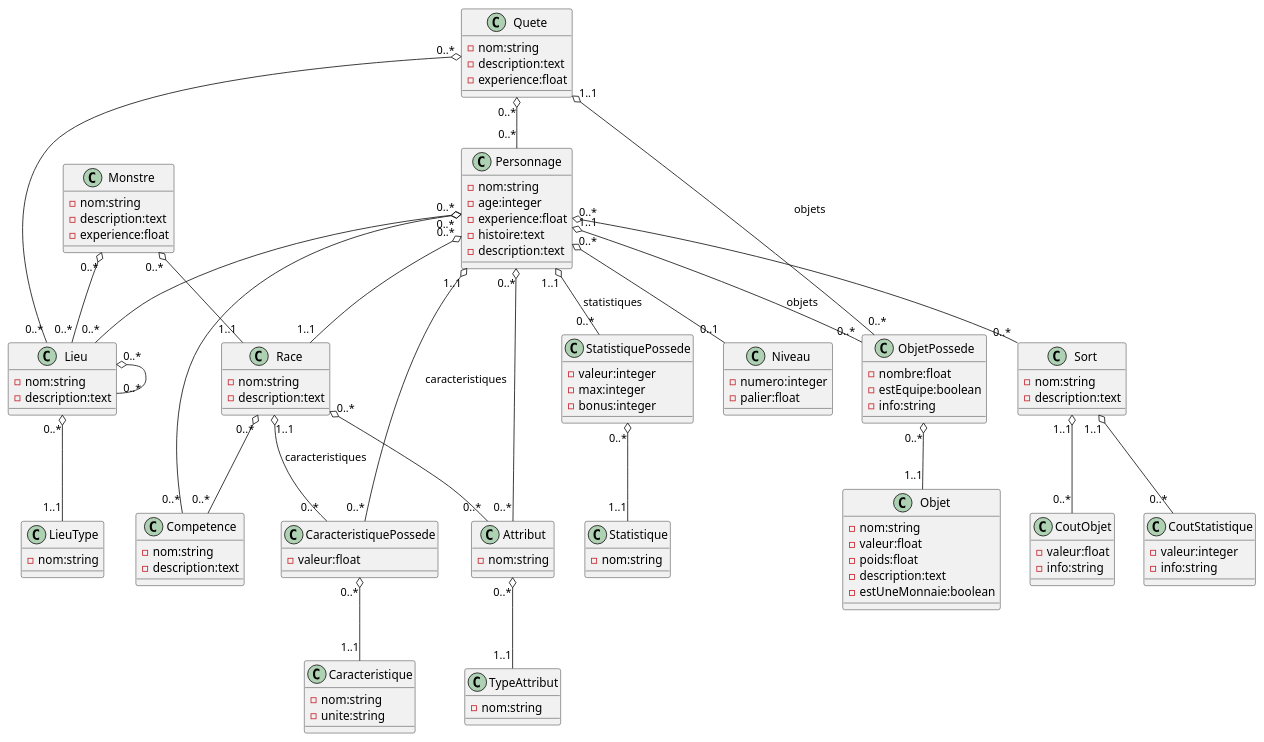
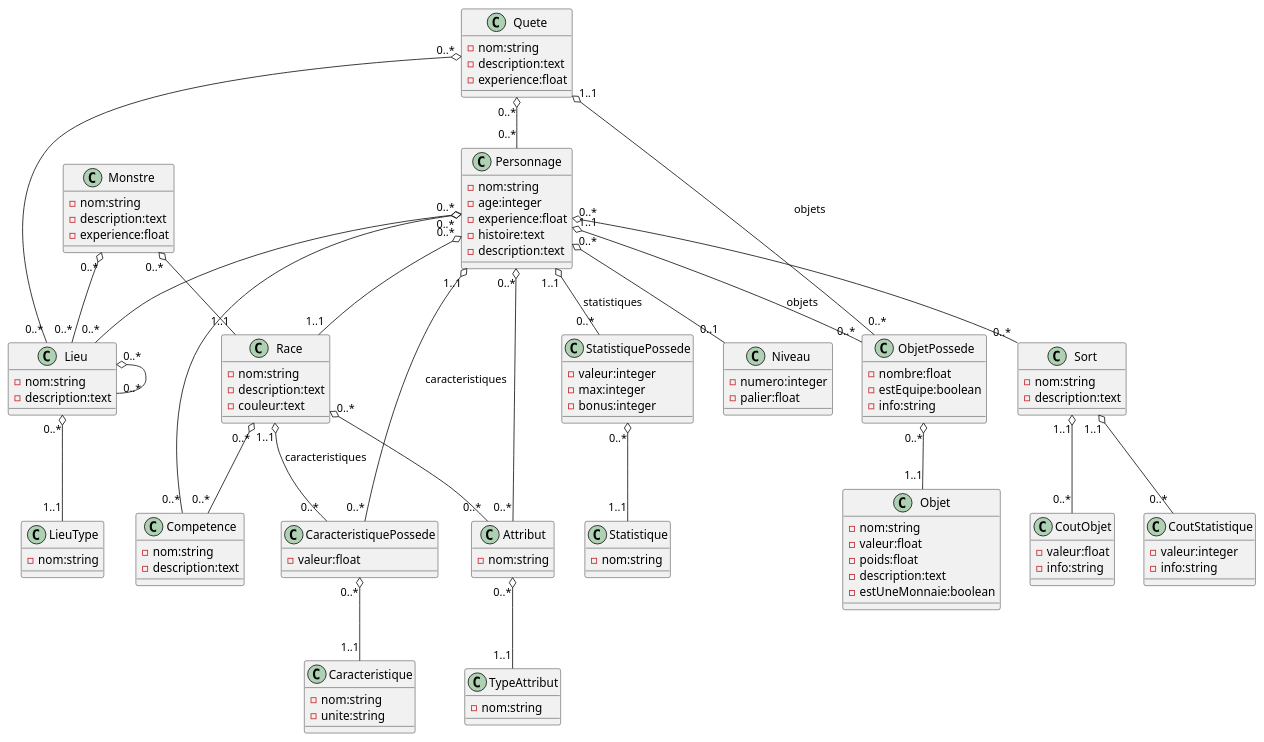
One commit to Devklow/MUC changed the diagram in DCGeneral.puml. Above: the diagram before and after it, drawn with PlantUML. The commit also changed 17 other files, not shown here.

```diff
--- a/DCGeneral.puml
+++ b/DCGeneral.puml
@@ -1,140 +1,141 @@
 @startuml
 
 class Personnage {
 - nom:string
 - age:integer
 - experience:float
 - histoire:text
 - description:text
 }
 
 class Monstre {
 - nom:string
 - description:text
 - experience:float
 }
 
 class LieuType {
 - nom:string
 }
 
 class Lieu {
 - nom:string
 - description:text
 }
 
 class Race {
 - nom:string
 - description:text
+- couleur:text
 }
 
 class Niveau {
 - numero:integer
 - palier:float
 }
 
 class Caracteristique {
 - nom:string
 - unite:string
 }
 
 class TypeAttribut {
 - nom:string
 }
 
 class Attribut {
 - nom:string
 }
 
 class CaracteristiquePossede {
 - valeur:float
 }
 
 
 class StatistiquePossede {
 - valeur:integer
 - max:integer
 - bonus:integer
 }
 
 class CoutStatistique {
 - valeur:integer
 - info:string
 }
 
 class Statistique {
 - nom:string
 }
 
 class Competence {
 - nom:string
 - description:text
 }
 
 
 class Objet {
 - nom:string
 - valeur:float
 - poids:float
 - description:text
 - estUneMonnaie:boolean
 }
 
 class ObjetPossede {
 - nombre:float
 - estEquipe:boolean
 - info:string
 }
 
 class CoutObjet {
 - valeur:float
 - info:string
 }
 
 class Quete {
 - nom:string
 - description:text
 - experience:float
 }
 
 class Sort {
 - nom:string
 - description:text
 }
 
 StatistiquePossede "0..*" o-- "1..1" Statistique
 
 CaracteristiquePossede "0..*" o-- "1..1" Caracteristique
 
 ObjetPossede "0..*" o-- "1..1" Objet
 
 Attribut "0..*" o-- "1..1" TypeAttribut
 
 Personnage "0..*" o-- "1..1" Race
 Personnage "1..1" o-- "0..*" StatistiquePossede : statistiques
 Personnage "0..*" o-- "0..*" Lieu
 Personnage "0..*" o-- "0..*" Competence
 Personnage "1..1" o-- "0..*" ObjetPossede : objets
 Personnage "0..*" o-- "0..*" Attribut
 Personnage "1..1" o-- "0..*" CaracteristiquePossede : caracteristiques
 Personnage "0..*" o-- "0..1" Niveau
 Personnage "0..*" o-- "0..*" Sort
 
 Monstre "0..*" o-- "0..*" Lieu
 Monstre "0..*" o-- "1..1" Race
 
 Race "1..1" o-- "0..*" CaracteristiquePossede : caracteristiques
 Race "0..*" o-- "0..*" Attribut
 Race "0..*" o-- "0..*" Competence
 
 Lieu "0..*" o-- "1..1" LieuType
 Lieu "0..*" o-- "0..*" Lieu
 
 Quete "0..*" o-- "0..*" Personnage
 Quete "0..*" o-- "0..*" Lieu
 Quete "1..1" o-- "0..*" ObjetPossede : objets
 
 Sort "1..1" o-- "0..*" CoutStatistique
 Sort "1..1" o-- "0..*" CoutObjet
 
 @enduml
```
